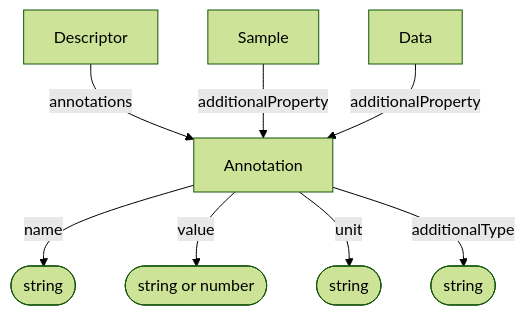
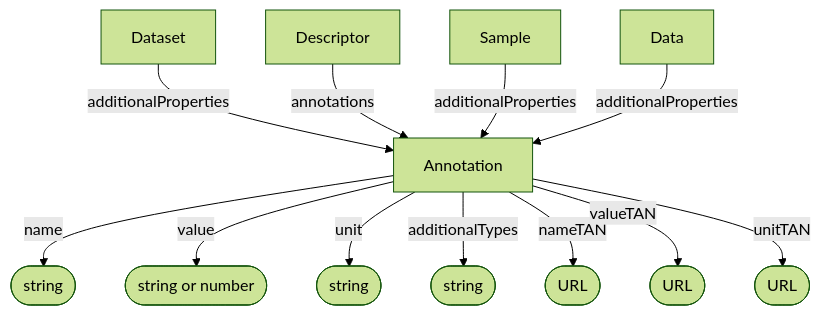
One commit to HLWeil/ARC-base-model changed the diagram in docs/spec/semantic_designation/Annotation.md. Above: the diagram before and after it, drawn with Mermaid (forest theme). The commit also changed other lines of this file and 25 other files, not shown here.

````diff
--- a/docs/spec/semantic_designation/Annotation.md
+++ b/docs/spec/semantic_designation/Annotation.md
@@ -30,15 +41,22 @@
 ```mermaid
 flowchart TD
     name@{ shape: stadium, label: "string" }
     value@{ shape: stadium, label: "string or number" }
     unit@{ shape: stadium, label: "string" }
-    additionalType@{ shape: stadium, label: "string" }
+    additionalTypes@{ shape: stadium, label: "string" }
+    nameTAN@{ shape: stadium, label: "URL" }
+    valueTAN@{ shape: stadium, label: "URL" }
+    unitTAN@{ shape: stadium, label: "URL" }
 
+    Dataset --additionalProperties--> Annotation
     Descriptor --annotations--> Annotation
-    Sample --additionalProperty--> Annotation
-    Data --additionalProperty--> Annotation
+    Sample --additionalProperties--> Annotation
+    Data --additionalProperties--> Annotation
     Annotation --name--> name
     Annotation --value--> value
     Annotation --unit--> unit
-    Annotation --additionalType--> additionalType
+    Annotation --additionalTypes--> additionalTypes
+    Annotation --nameTAN--> nameTAN
+    Annotation --valueTAN--> valueTAN
+    Annotation --unitTAN--> unitTAN
 ```
````
